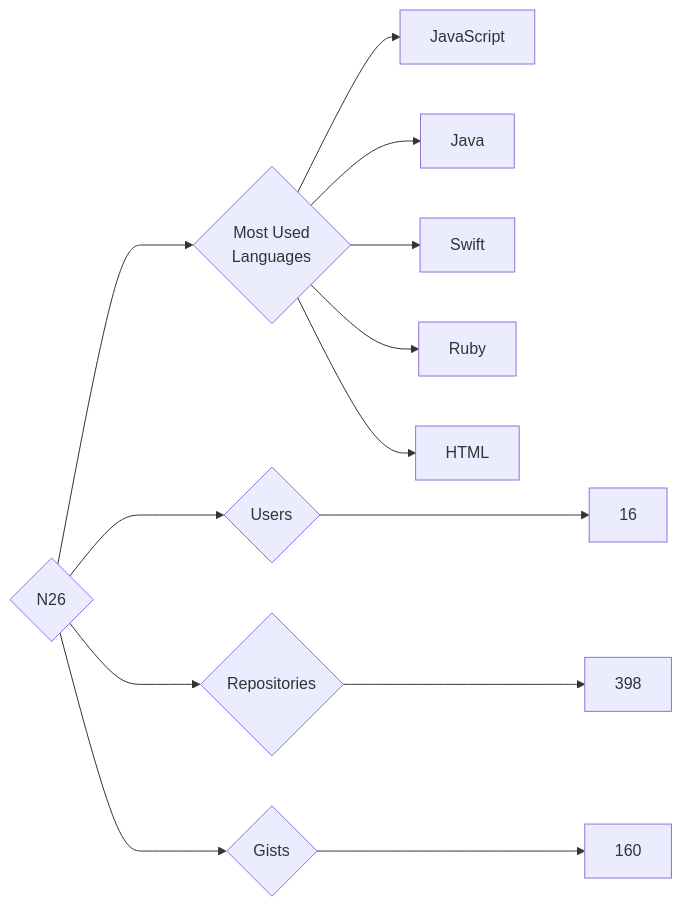
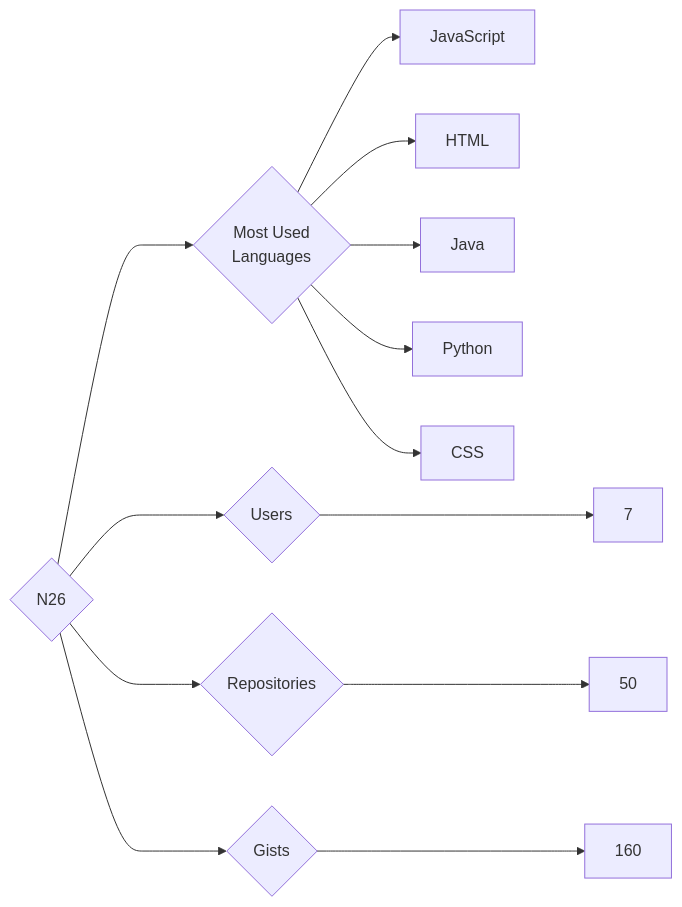
Before and after one commit to trickest/insiders: the diagram in targets/N26/README.md, drawn with Mermaid. The commit also changed 1496 other files, not shown here.

````diff
--- a/targets/N26/README.md
+++ b/targets/N26/README.md
@@ -3,13 +3,13 @@
 ```mermaid
 graph LR
 COMPANY_NAME{N26}
-COMPANY_NAME ---> U{Users} ---> UN[16]
-COMPANY_NAME ---> R{Repositories} ---> RN[398]
+COMPANY_NAME ---> U{Users} ---> UN[7]
+COMPANY_NAME ---> R{Repositories} ---> RN[50]
 COMPANY_NAME ---> G{Gists} ---> GN[160]
 COMPANY_NAME ---> ML{Most Used<br>Languages}
 ML --> JavaScript[JavaScript]
+ML --> HTML[HTML]
 ML --> Java[Java]
-ML --> Swift[Swift]
-ML --> Ruby[Ruby]
-ML --> HTML[HTML]
+ML --> Python[Python]
+ML --> CSS[CSS]
 ```
````
